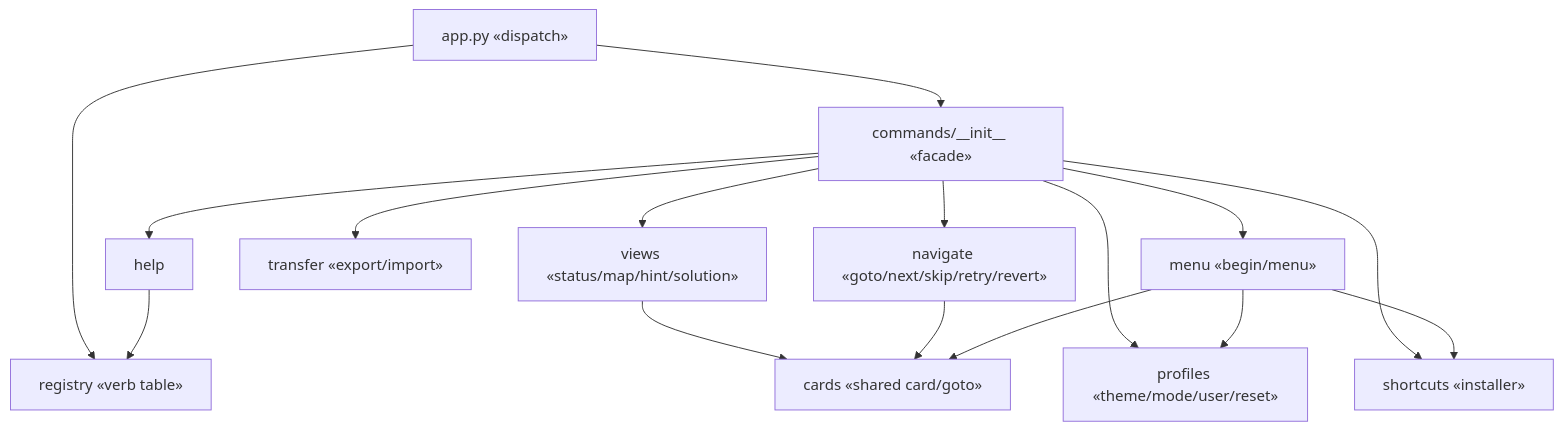
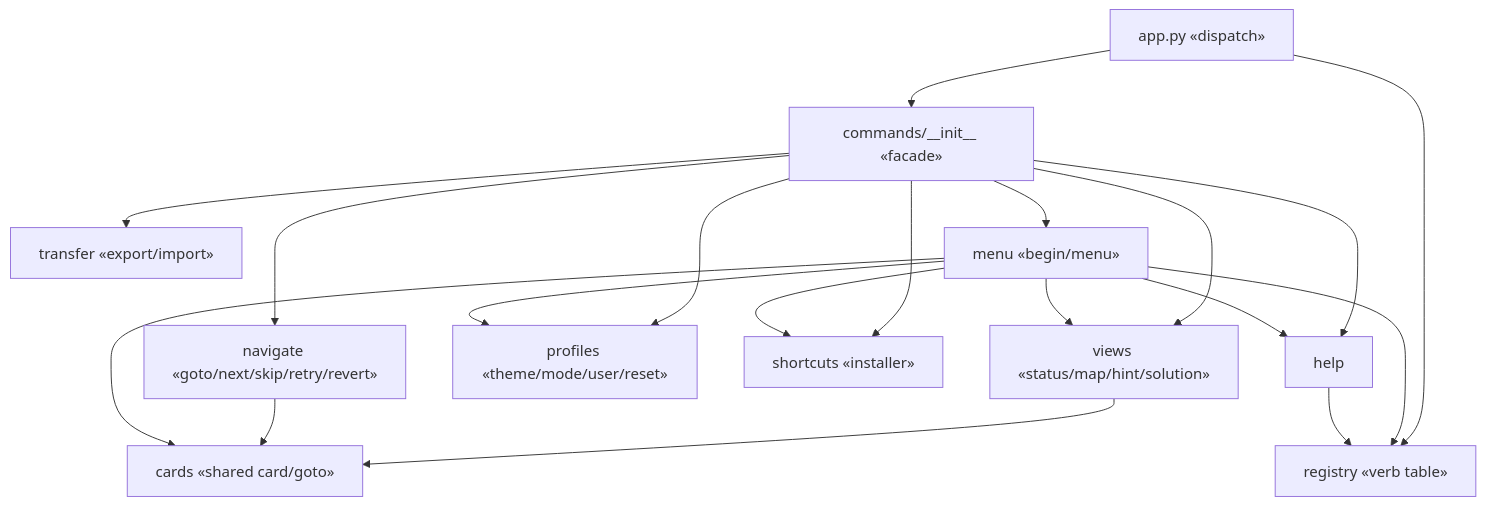
The first of 4 diagrams in docs/architecture/commands.md (N041M/PyQuest), drawn with Mermaid before and after one commit. The commit also changed other lines of this file and 12 other files, not shown here.

````diff
--- a/docs/architecture/commands.md
+++ b/docs/architecture/commands.md
@@ -8,18 +8,21 @@
 ```mermaid
 flowchart TB
     app["app.py «dispatch»"] --> registry["registry «verb table»"]
     app --> init["commands/__init__ «facade»"]
     init --> views["views «status/map/hint/solution»"]
     init --> nav["navigate «goto/next/skip/retry/revert»"]
     init --> profiles["profiles «theme/mode/user/reset»"]
     init --> transfer["transfer «export/import»"]
     init --> shortcuts["shortcuts «installer»"]
     init --> menu["menu «begin/menu»"]
     init --> help["help"]
     views --> cards["cards «shared card/goto»"]
     nav --> cards
     menu --> cards
     menu --> profiles
     menu --> shortcuts
+    menu --> views
+    menu --> help
+    menu --> registry
     help --> registry
 ```
````
